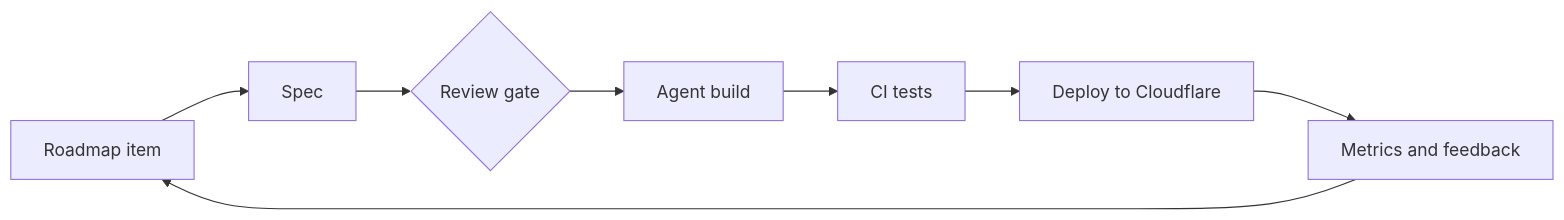
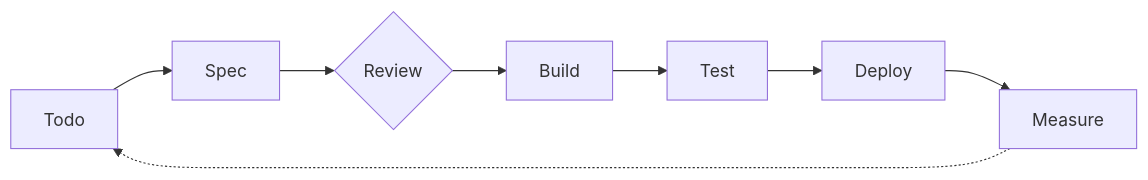
Before and after one commit to LatentFreedom/latentfreedom: the first of 2 diagrams in README.md, drawn with Mermaid. The commit also changed other lines of this file, not shown here.

Commit message:
docs: shorten diagram labels so they render in full

````diff
--- a/README.md
+++ b/README.md
@@ -20,10 +20,10 @@
 ```mermaid
 flowchart LR
-  A[Roadmap item] --> B[Spec]
-  B --> C{Review gate}
-  C --> D[Agent build]
-  D --> E[CI tests]
-  E --> F[Deploy to Cloudflare]
-  F --> G[Metrics and feedback]
-  G --> A
+  A[Todo] --> B[Spec]
+  B --> C{Review}
+  C --> D[Build]
+  D --> E[Test]
+  E --> F[Deploy]
+  F --> G[Measure]
+  G -.-> A
 ```
````
